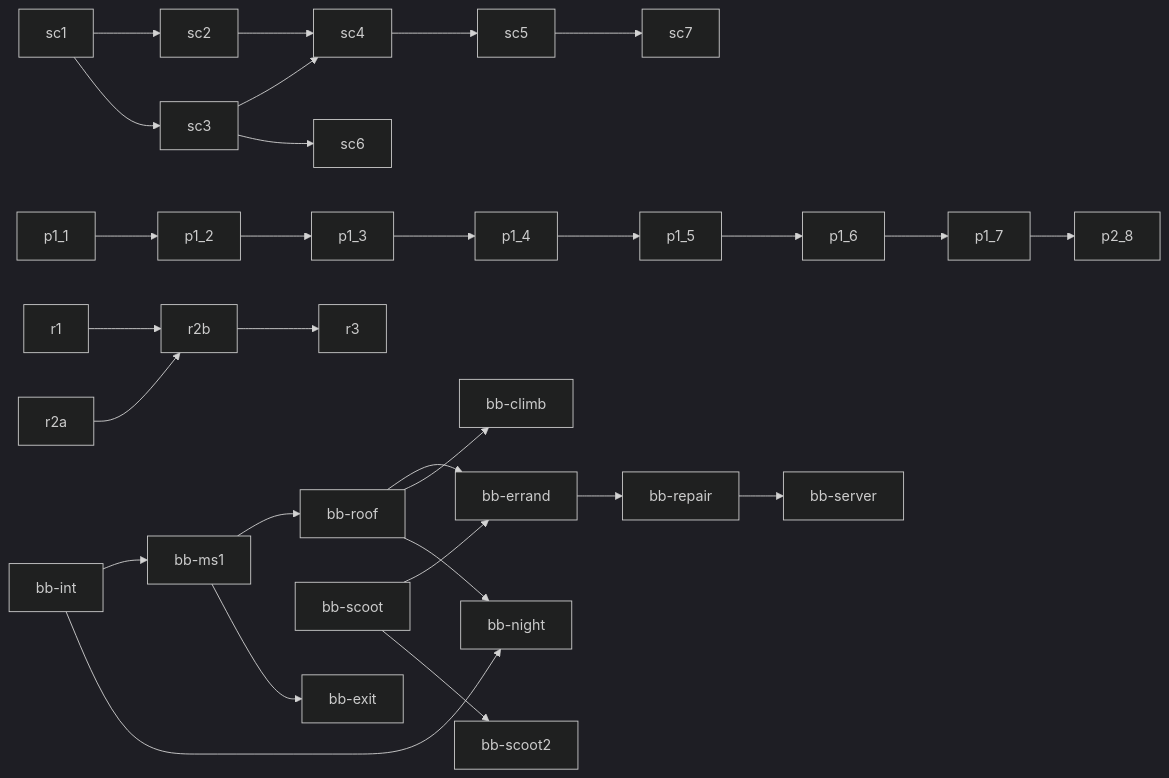
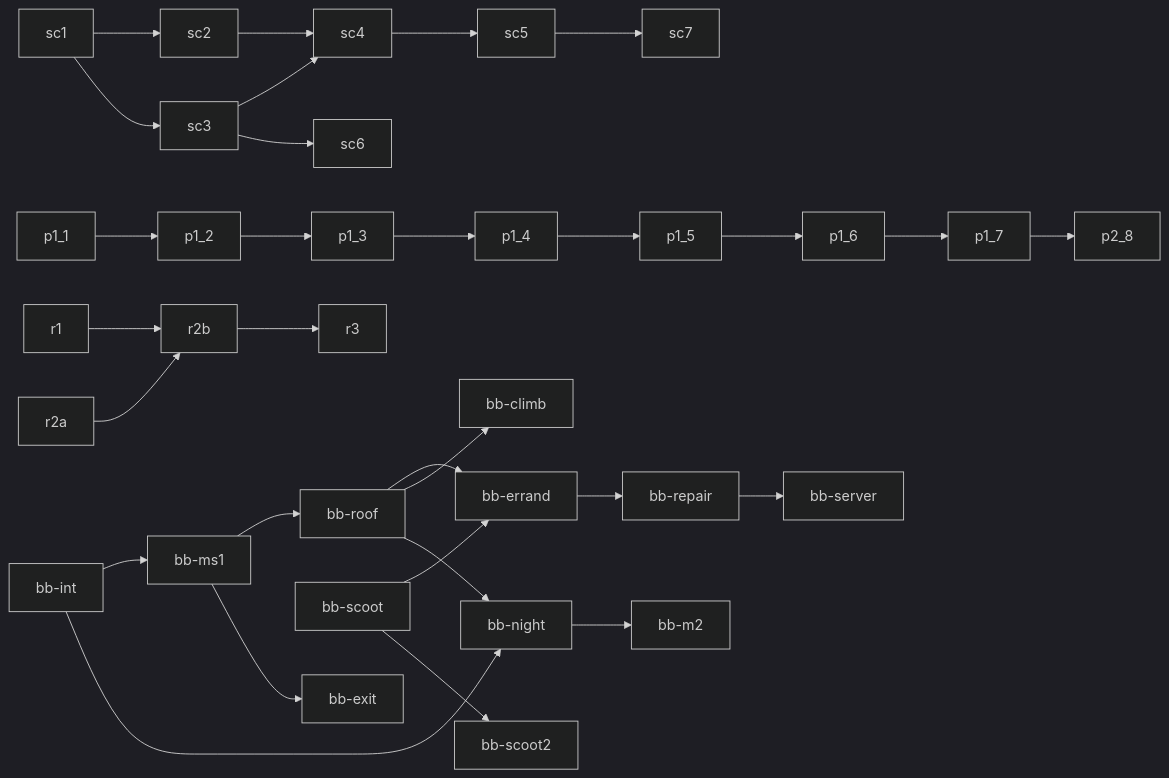
One commit to Cal-Starfur/Tipsy changed the diagram in build_queue.md. Above: the diagram before and after it, drawn with Mermaid (dark theme). The commit also changed other lines of this file and 1 other file, not shown here.

Commit message:
Queue: the second Gideon / Brew & Bolt mission at the end (story to decide)
Claude-Session: https://claude.ai/code/session_01M9nrziPSvWXnjRu5kvyaSW

````diff
--- a/build_queue.md
+++ b/build_queue.md
@@ -7,31 +7,32 @@
 ```mermaid
 graph LR
   sc1 --> sc2
   sc1 --> sc3
   sc2 --> sc4
   sc3 --> sc4
   sc4 --> sc5
   sc3 --> sc6
   sc5 --> sc7
   p1_1 --> p1_2
   p1_2 --> p1_3
   p1_3 --> p1_4
   p1_4 --> p1_5
   p1_5 --> p1_6
   p1_6 --> p1_7
   p1_7 --> p2_8
   r1 --> r2b
   r2a --> r2b
   r2b --> r3
   bb-int --> bb-ms1
   bb-ms1 --> bb-roof
   bb-roof --> bb-errand
   bb-scoot --> bb-errand
   bb-errand --> bb-repair
   bb-repair --> bb-server
   bb-ms1 --> bb-exit
   bb-roof --> bb-climb
   bb-scoot --> bb-scoot2
   bb-int --> bb-night
   bb-roof --> bb-night
+  bb-night --> bb-m2
 ```
````
